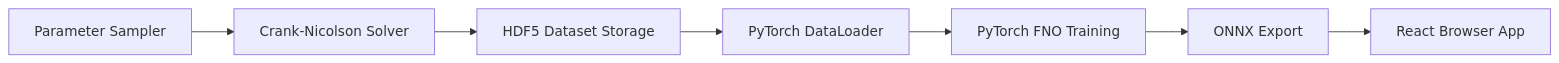
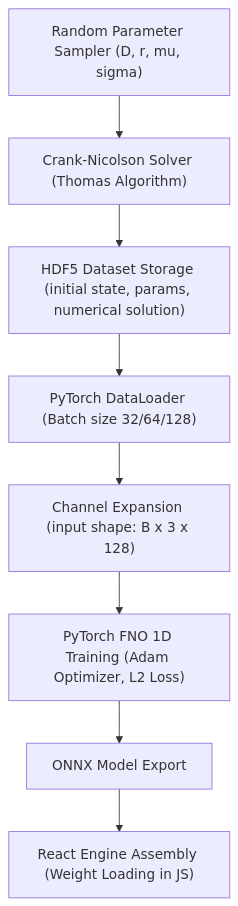
The second of 2 diagrams in README.md (shekharsameer2308/Prototype-FNO-1D-RxnDynamics-), drawn with Mermaid before and after one commit. The commit also changed other lines of this file, not shown here.

Commit message:
docs: add detailed physics and FNO mathematical operations to README

````diff
--- a/README.md
+++ b/README.md
@@ -61,9 +151,21 @@
 ```mermaid
-graph LR
-    Sampler["Parameter Sampler"] --> Solver["Crank-Nicolson Solver"]
-    Solver --> HDF5["HDF5 Dataset Storage"]
-    HDF5 --> Loader["PyTorch DataLoader"]
-    Loader --> Train["PyTorch FNO Training"]
-    Train --> ONNX["ONNX Export"]
-    ONNX --> React["React Browser App"]
+graph TD
+    ParamSampler["Random Parameter Sampler (D, r, mu, sigma)"]
+    CNSolver["Crank-Nicolson Solver (Thomas Algorithm)"]
+    HDF5Store["HDF5 Dataset Storage (initial state, params, numerical solution)"]
+    
+    DataLoader["PyTorch DataLoader (Batch size 32/64/128)"]
+    ChannelExp["Channel Expansion (input shape: B x 3 x 128)"]
+    
+    PyTorchTrain["PyTorch FNO 1D Training (Adam Optimizer, L2 Loss)"]
+    ONNXExport["ONNX Model Export"]
+    JSONWeights["React Engine Assembly (Weight Loading in JS)"]
+
+    ParamSampler --> CNSolver
+    CNSolver --> HDF5Store
+    HDF5Store --> DataLoader
+    DataLoader --> ChannelExp
+    ChannelExp --> PyTorchTrain
+    PyTorchTrain --> ONNXExport
+    ONNXExport --> JSONWeights
 ```
````
